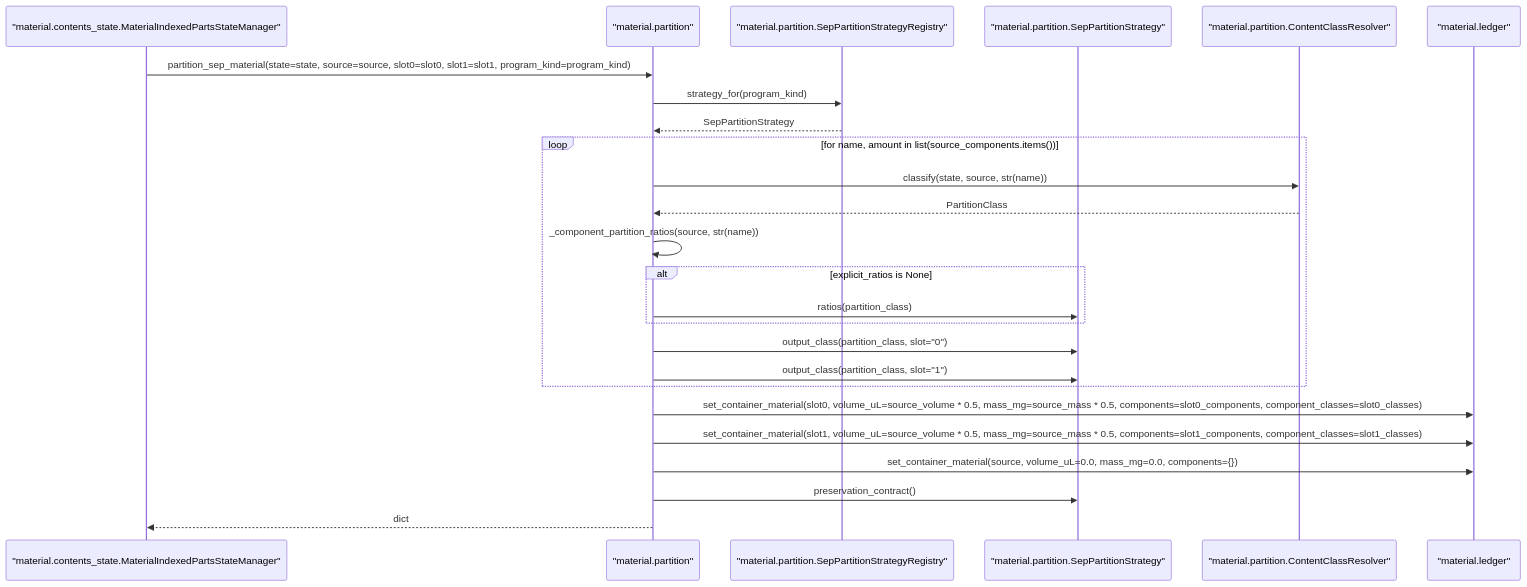
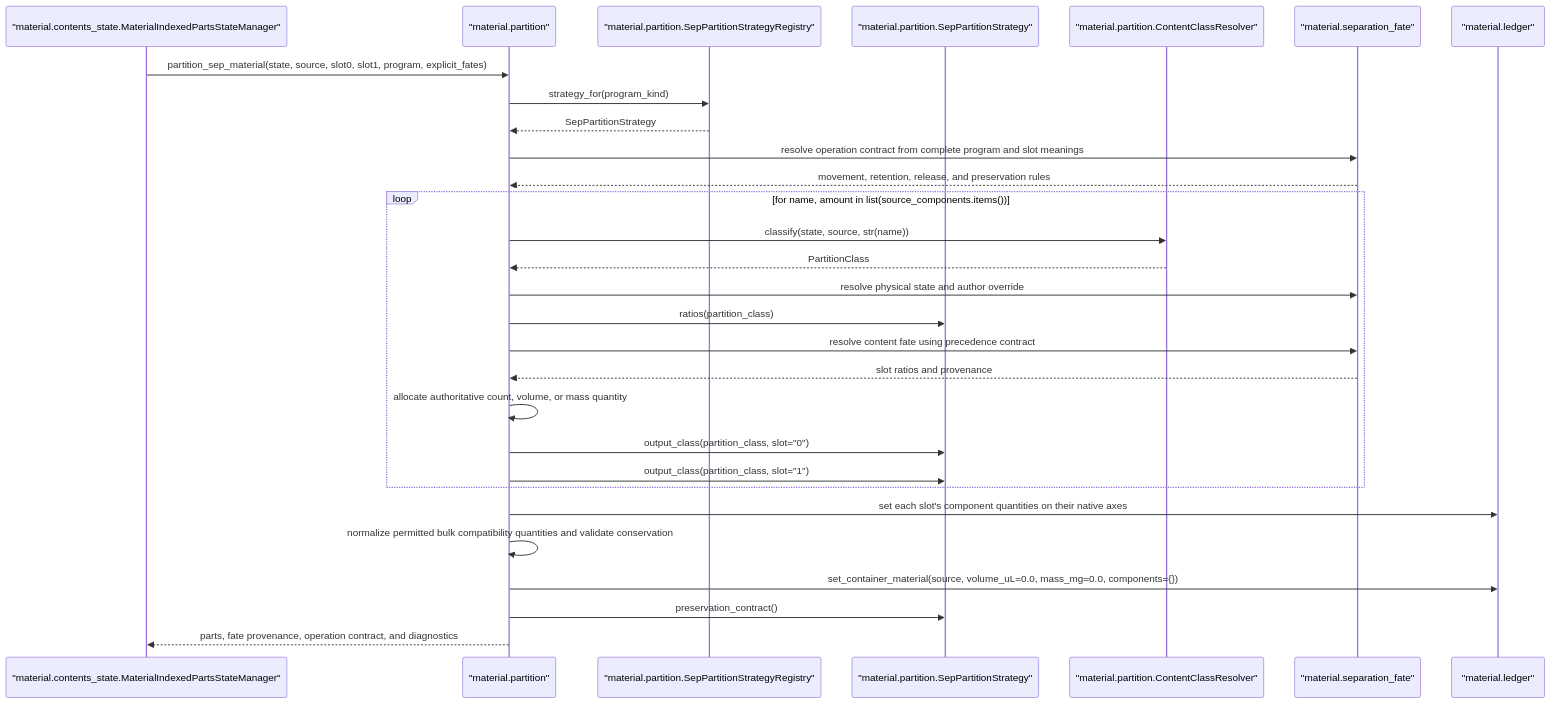
One commit to culsma/culsma changed diagram 11 of 12 in docs/architecture/material_compute_module_diagrams.md. Above: the diagram before and after it, drawn with Mermaid. The commit also changed other lines of this file and 30 other files, not shown here.

Commit message:
feat(material): finalize suspension and separation semantics

````diff
--- a/docs/architecture/material_compute_module_diagrams.md
+++ b/docs/architecture/material_compute_module_diagrams.md
@@ -342,30 +604,34 @@
 ```mermaid
 sequenceDiagram
     participant PartsManager as "material.contents_state.MaterialIndexedPartsStateManager"
     participant Partition as "material.partition"
     participant Registry as "material.partition.SepPartitionStrategyRegistry"
     participant Strategy as "material.partition.SepPartitionStrategy"
     participant Classes as "material.partition.ContentClassResolver"
+    participant Fate as "material.separation_fate"
     participant Ledger as "material.ledger"
 
-    PartsManager->>Partition: partition_sep_material(state=state, source=source, slot0=slot0, slot1=slot1, program_kind=program_kind)
+    PartsManager->>Partition: partition_sep_material(state, source, slot0, slot1, program, explicit_fates)
     Partition->>Registry: strategy_for(program_kind)
     Registry-->>Partition: SepPartitionStrategy
+    Partition->>Fate: resolve operation contract from complete program and slot meanings
+    Fate-->>Partition: movement, retention, release, and preservation rules
 
     loop for name, amount in list(source_components.items())
         Partition->>Classes: classify(state, source, str(name))
         Classes-->>Partition: PartitionClass
-        Partition->>Partition: _component_partition_ratios(source, str(name))
-        alt explicit_ratios is None
-            Partition->>Strategy: ratios(partition_class)
-        end
+        Partition->>Fate: resolve physical state and author override
+        Partition->>Strategy: ratios(partition_class)
+        Partition->>Fate: resolve content fate using precedence contract
+        Fate-->>Partition: slot ratios and provenance
+        Partition->>Partition: allocate authoritative count, volume, or mass quantity
         Partition->>Strategy: output_class(partition_class, slot="0")
         Partition->>Strategy: output_class(partition_class, slot="1")
     end
 
-    Partition->>Ledger: set_container_material(slot0, volume_uL=source_volume * 0.5, mass_mg=source_mass * 0.5, components=slot0_components, component_classes=slot0_classes)
-    Partition->>Ledger: set_container_material(slot1, volume_uL=source_volume * 0.5, mass_mg=source_mass * 0.5, components=slot1_components, component_classes=slot1_classes)
+    Partition->>Ledger: set each slot's component quantities on their native axes
+    Partition->>Partition: normalize permitted bulk compatibility quantities and validate conservation
     Partition->>Ledger: set_container_material(source, volume_uL=0.0, mass_mg=0.0, components={})
     Partition->>Strategy: preservation_contract()
-    Partition-->>PartsManager: dict
+    Partition-->>PartsManager: parts, fate provenance, operation contract, and diagnostics
 ```
````
